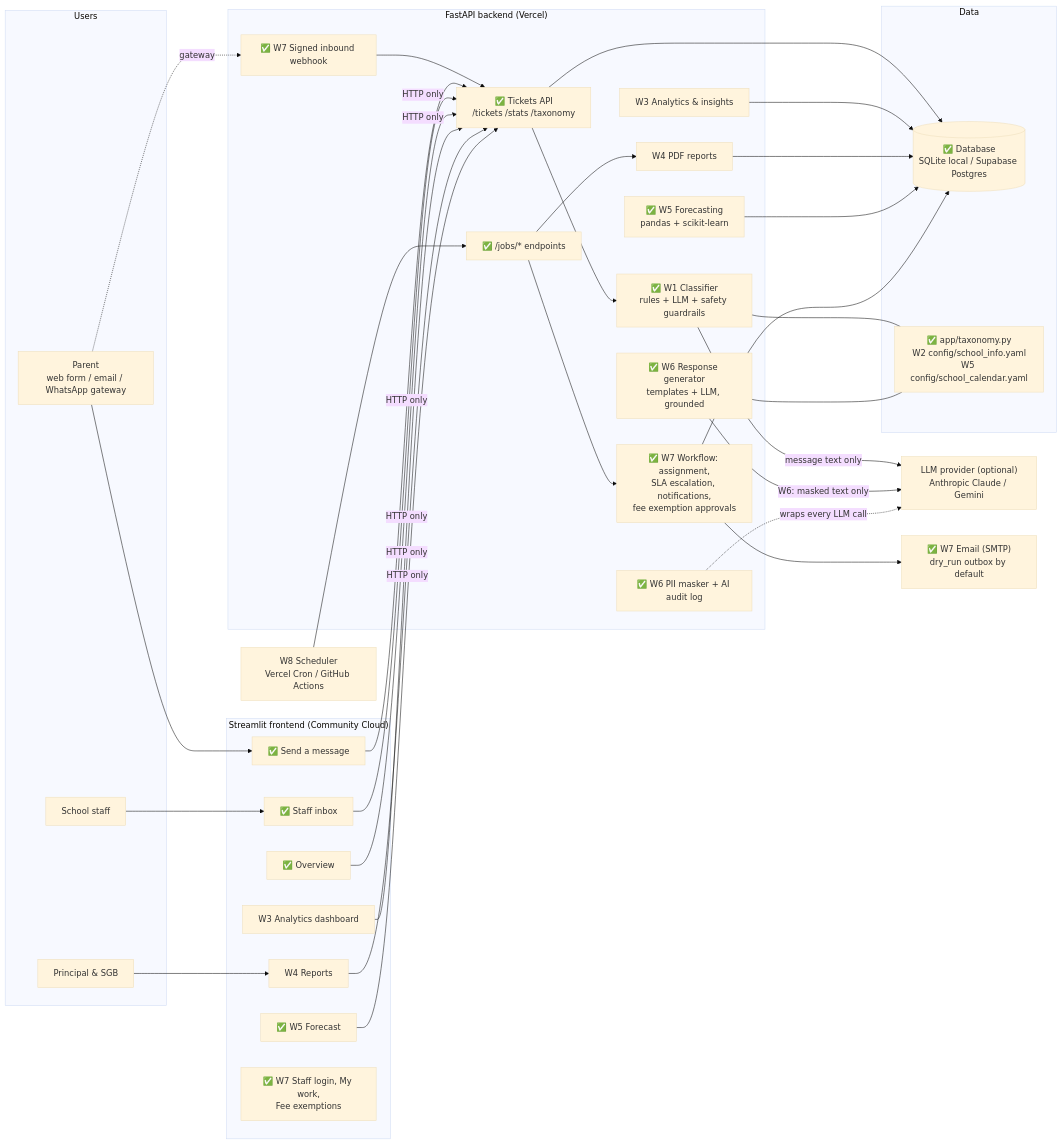
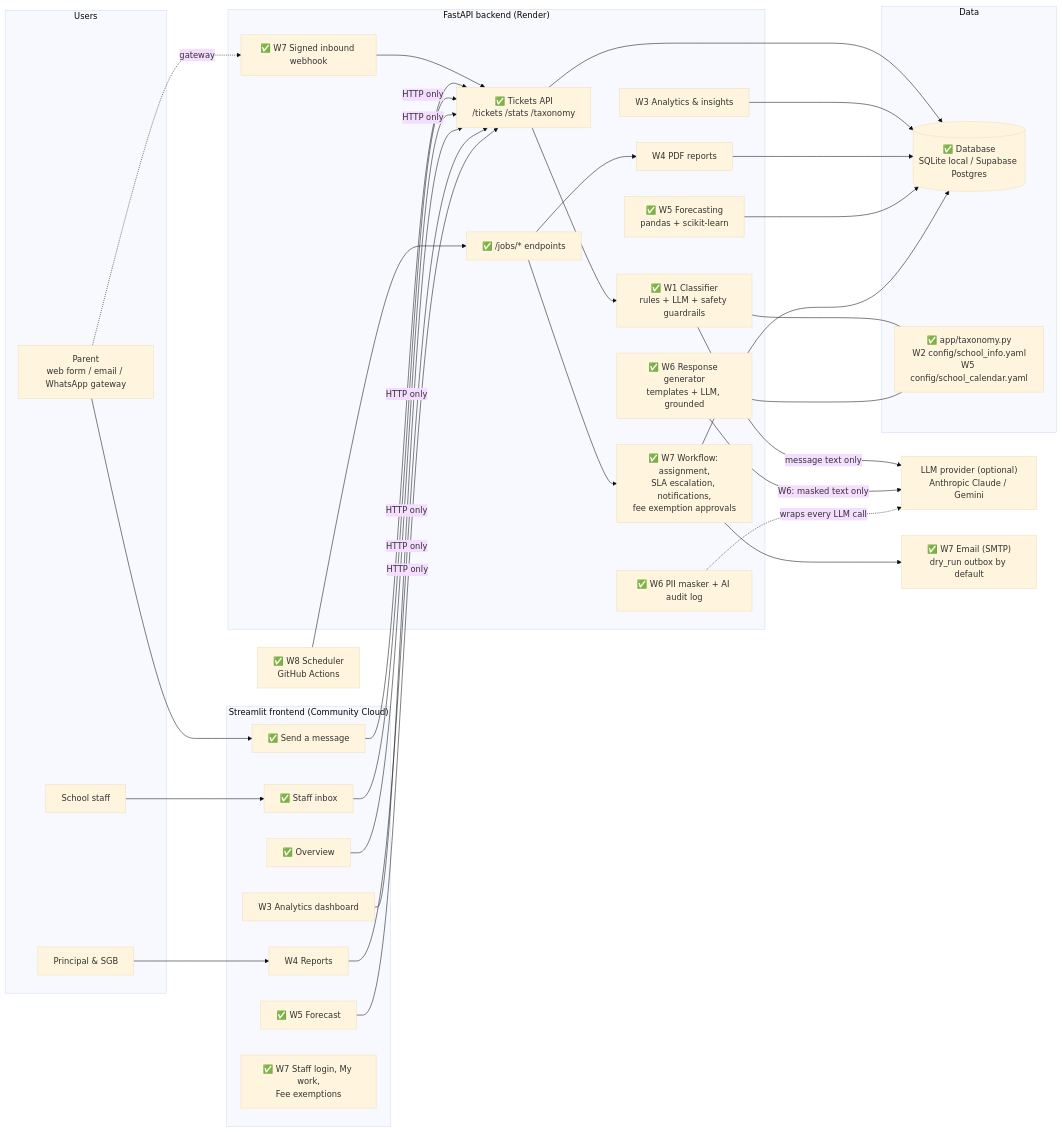
Before and after one commit to Dikeledi-K/schoolconnect: the first of 6 diagrams in docs/ARCHITECTURE.md, drawn with Mermaid (base theme). The commit also changed other lines of this file and 7 other files, not shown here.

Commit message:
Week 8 (12/14): technical documentation with measurements; replace every Vercel mention with Render + GitHub Actions

````diff
--- a/docs/ARCHITECTURE.md
+++ b/docs/ARCHITECTURE.md
@@ -7,58 +7,58 @@
 ```mermaid
 flowchart LR
     subgraph Users
         P[Parent<br/>web form / email / WhatsApp gateway]
         S[School staff]
         PR[Principal & SGB]
     end
 
     subgraph Frontend["Streamlit frontend (Community Cloud)"]
         F1["✅ Send a message"]
         F2["✅ Staff inbox"]
         F3["✅ Overview"]
         F4["W3 Analytics dashboard"]
         F5["W4 Reports"]
         F6["✅ W5 Forecast"]
         F7["✅ W7 Staff login, My work,<br/>Fee exemptions"]
     end
 
-    subgraph API["FastAPI backend (Vercel)"]
+    subgraph API["FastAPI backend (Render)"]
         A1["✅ Tickets API<br/>/tickets /stats /taxonomy"]
         A2["✅ W1 Classifier<br/>rules + LLM + safety guardrails"]
         A3["✅ W6 Response generator<br/>templates + LLM, grounded"]
         A4["W3 Analytics & insights"]
         A5["W4 PDF reports"]
         A6["✅ W5 Forecasting<br/>pandas + scikit-learn"]
         A7["✅ W6 PII masker + AI audit log"]
         A8["✅ W7 Workflow: assignment,<br/>SLA escalation, notifications,<br/>fee exemption approvals"]
         A9["✅ W7 Signed inbound webhook"]
         J["✅ /jobs/* endpoints"]
     end
 
     subgraph Data
         DB[("✅ Database<br/>SQLite local / Supabase Postgres")]
         CFG["✅ app/taxonomy.py<br/>W2 config/school_info.yaml<br/>W5 config/school_calendar.yaml"]
     end
 
     LLM["LLM provider (optional)<br/>Anthropic Claude / Gemini"]
-    CRON["W8 Scheduler<br/>Vercel Cron / GitHub Actions"]
+    CRON["✅ W8 Scheduler<br/>GitHub Actions"]
     MAIL["✅ W7 Email (SMTP)<br/>dry_run outbox by default"]
 
     P --> F1
     P -.gateway.-> A9
     A9 --> A1
     S --> F2
     PR --> F5
     F1 & F2 & F3 & F4 & F5 & F6 -->|HTTP only| A1
     A1 --> A2
     A2 -->|message text only| LLM
     A3 -->|"W6: masked text only"| LLM
     A2 --- CFG
     A3 --- CFG
     A1 --> DB
     A4 & A5 & A6 & A8 --> DB
     CRON --> J
     J --> A5 & A8
     A8 --> MAIL
     A7 -.wraps every LLM call.-> LLM
 ```
````
